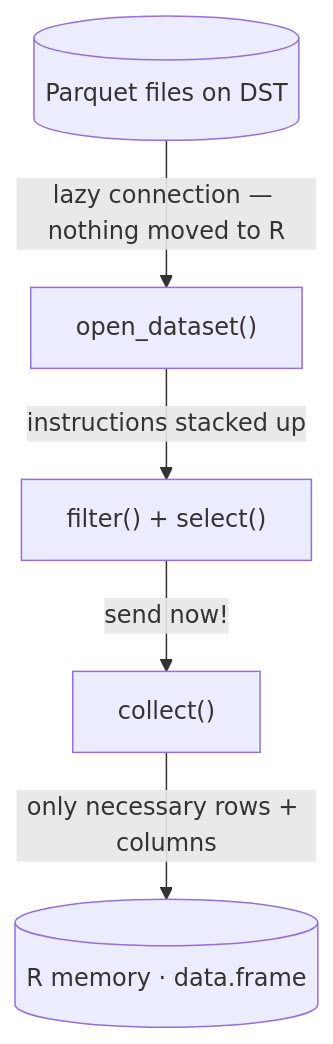
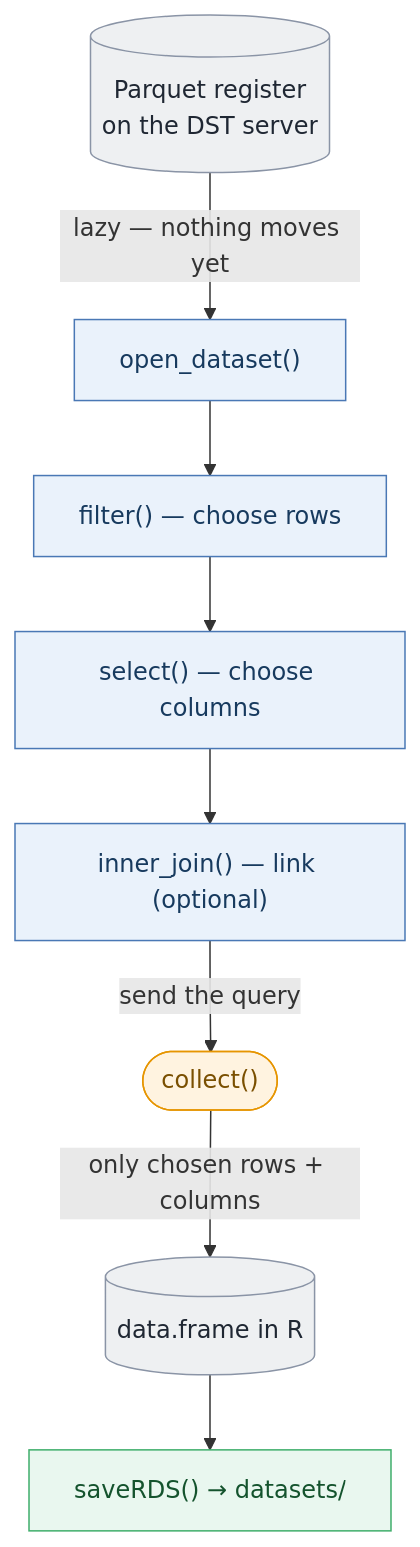
The diagram in docs/en/05_universelle-moenster.qmd (steno-aarhus/registers-guide), drawn with Mermaid before and after one commit. The commit also changed other lines of this file and 12 other files, not shown here.

````diff
--- a/docs/en/05_universelle-moenster.qmd
+++ b/docs/en/05_universelle-moenster.qmd
@@ -146,13 +146,22 @@
 ```{mermaid}
 flowchart TD
-    P[("Parquet files on DST")]
-    L["open_dataset()"]
-    F["filter() + select()"]
-    C["collect()"]
-    R[("R memory · data.frame")]
+    P[("Parquet register<br>on the DST server")]:::store
+    L["open_dataset()"]:::lazy
+    F["filter() — choose rows"]:::lazy
+    S["select() — choose columns"]:::lazy
+    J["inner_join() — link (optional)"]:::lazy
+    C(["collect()"]):::collect
+    R[("data.frame in R")]:::store
+    V["saveRDS() → datasets/"]:::save
 
-    P -->|"lazy connection — nothing moved to R"| L
-    L -->|"instructions stacked up"| F
-    F -->|"send now!"| C
-    C -->|"only necessary rows + columns"| R
+    P -->|"lazy — nothing moves yet"| L
+    L --> F --> S --> J
+    J -->|"send the query"| C
+    C -->|"only chosen rows + columns"| R
+    R --> V
+
+    classDef store fill:#eef0f2,stroke:#8a94a6,color:#1f2733;
+    classDef lazy fill:#eaf2fb,stroke:#4a78b5,color:#173a5e;
+    classDef collect fill:#fff3e0,stroke:#e69500,color:#7a4f00;
+    classDef save fill:#e9f7ef,stroke:#3fae6b,color:#14532d;
 ```
````
